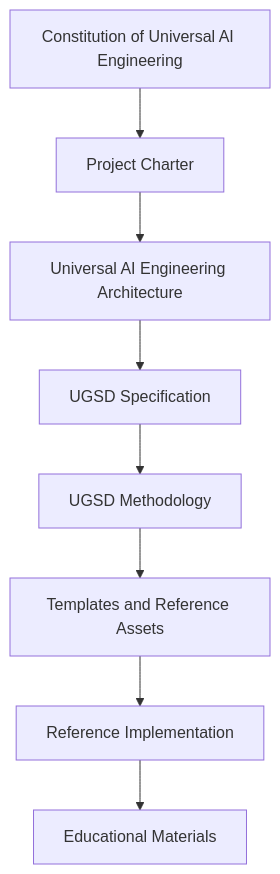
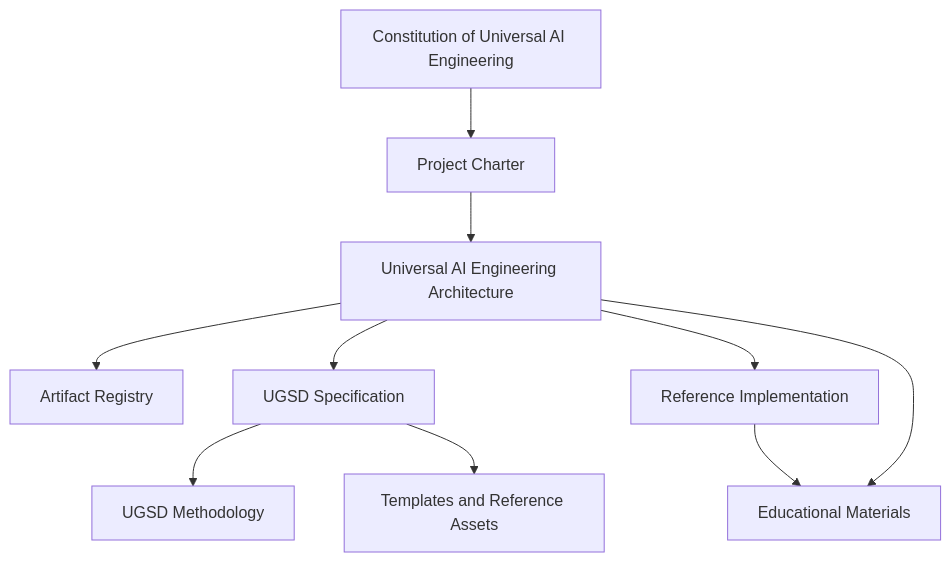
The diagram in architecture/UAEA.md (SSerg-dev/universal-ai-engineering), drawn with Mermaid before and after one commit. The commit also changed other lines of this file and 10 other files, not shown here.

````diff
--- a/architecture/UAEA.md
+++ b/architecture/UAEA.md
@@ -47,19 +120,22 @@
 ```mermaid
 flowchart TD
   Constitution["Constitution of Universal AI Engineering"]
   Charter["Project Charter"]
   UAEA["Universal AI Engineering Architecture"]
+  Registry["Artifact Registry"]
   UGSD["UGSD Specification"]
   Methodology["UGSD Methodology"]
   Assets["Templates and Reference Assets"]
   UAOS["Reference Implementation"]
   Handbook["Educational Materials"]
 
   Constitution --> Charter
   Charter --> UAEA
+  UAEA --> Registry
   UAEA --> UGSD
   UGSD --> Methodology
-  Methodology --> Assets
-  Assets --> UAOS
+  UGSD --> Assets
+  UAEA --> UAOS
   UAOS --> Handbook
+  UAEA --> Handbook
 ```
````
